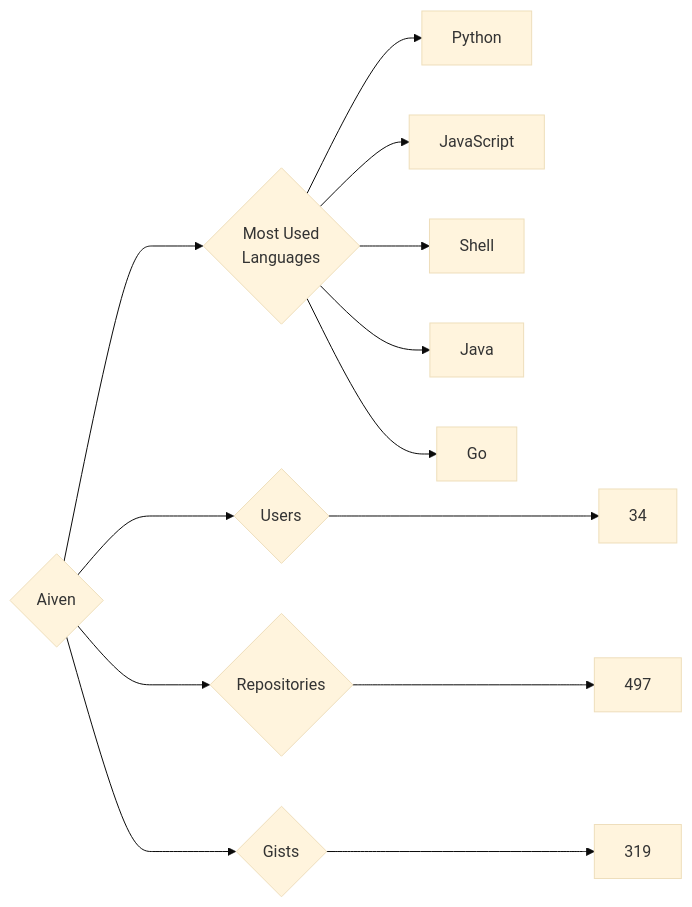
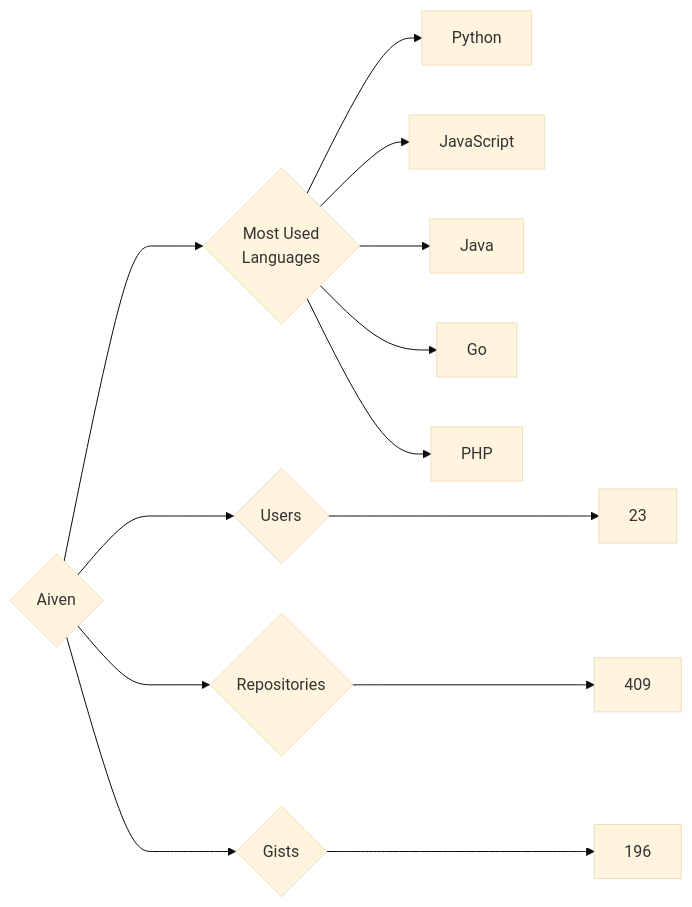
Before and after one commit to trickest/insiders: the diagram in targets/Aiven/README.md, drawn with Mermaid (base theme). The commit also changed 944 other files, not shown here.

````diff
--- a/targets/Aiven/README.md
+++ b/targets/Aiven/README.md
@@ -3,13 +3,13 @@
 ```mermaid
 graph LR
 COMPANY_NAME{Aiven}
-COMPANY_NAME ---> U{Users} ---> UN[34]
-COMPANY_NAME ---> R{Repositories} ---> RN[497]
-COMPANY_NAME ---> G{Gists} ---> GN[319]
+COMPANY_NAME ---> U{Users} ---> UN[23]
+COMPANY_NAME ---> R{Repositories} ---> RN[409]
+COMPANY_NAME ---> G{Gists} ---> GN[196]
 COMPANY_NAME ---> ML{Most Used<br>Languages}
 ML --> Python[Python]
 ML --> JavaScript[JavaScript]
-ML --> Shell[Shell]
 ML --> Java[Java]
 ML --> Go[Go]
+ML --> PHP[PHP]
 ```
````
